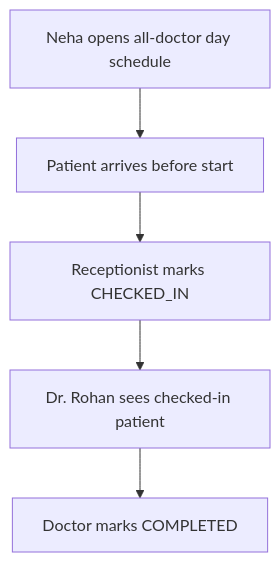
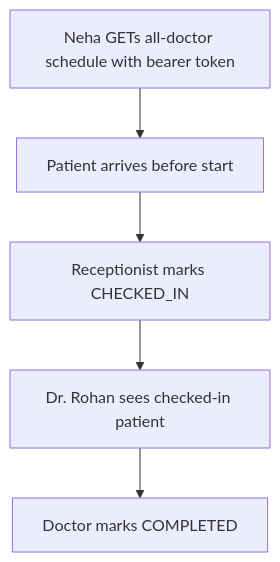
Before and after one commit to sukurcf/spec-clinicq-appointment-api: the second of 3 diagrams in docs/02-users-and-roles.md, drawn with Mermaid. The commit also changed other lines of this file and 14 other files, not shown here.

````diff
--- a/docs/02-users-and-roles.md
+++ b/docs/02-users-and-roles.md
@@ -73,7 +73,7 @@
 ```mermaid
 flowchart TD
-  A["Neha opens all-doctor day schedule"] --> B["Patient arrives before start"]
+  A["Neha GETs all-doctor schedule with bearer token"] --> B["Patient arrives before start"]
   B --> C["Receptionist marks CHECKED_IN"]
   C --> D["Dr. Rohan sees checked-in patient"]
   D --> E["Doctor marks COMPLETED"]
 ```
````
